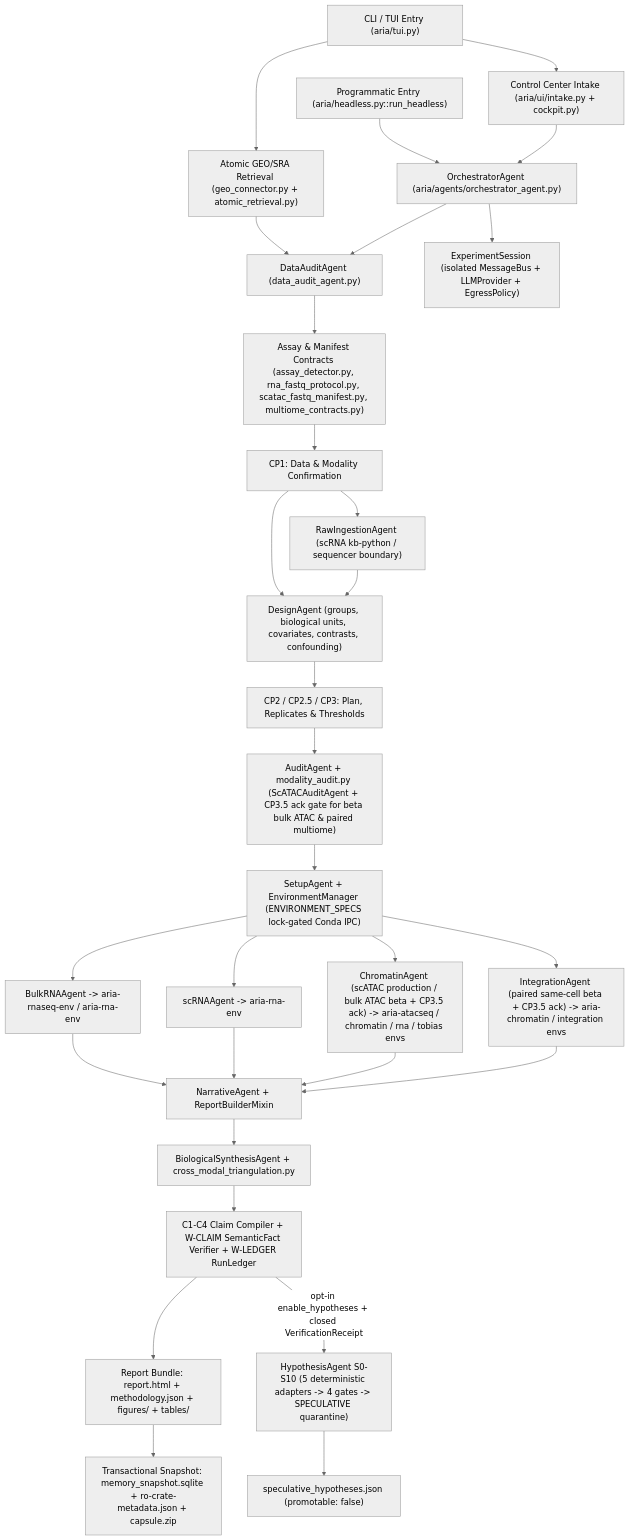
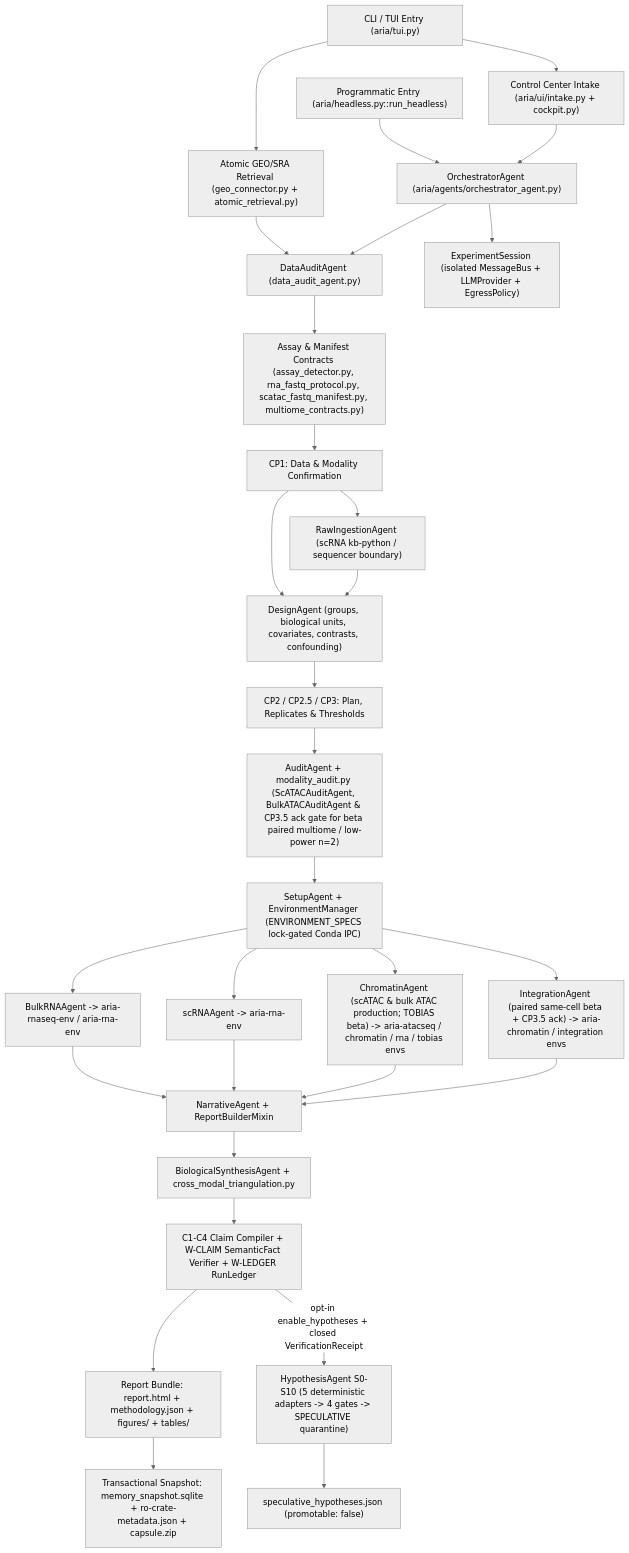
One commit to Olascoaga/aria-omics changed the diagram in docs/architecture/code_graph.md. Above: the diagram before and after it, drawn with Mermaid (neutral theme). The commit also changed other lines of this file and 43 other files, not shown here.

Commit message:
feat(chromatin): universal bulk ATAC engine and promote bulk_ATAC to production (ADR-077)

````diff
--- a/docs/architecture/code_graph.md
+++ b/docs/architecture/code_graph.md
@@ -9,36 +9,36 @@
 ```mermaid
 flowchart TD
     CLI["CLI / TUI Entry (aria/tui.py)"] --> INTAKE["Control Center Intake (aria/ui/intake.py + cockpit.py)"]
     HEADLESS["Programmatic Entry (aria/headless.py::run_headless)"] --> ORCH
     CLI --> GEO["Atomic GEO/SRA Retrieval (geo_connector.py + atomic_retrieval.py)"]
     INTAKE --> ORCH["OrchestratorAgent (aria/agents/orchestrator_agent.py)"]
     GEO --> DA["DataAuditAgent (data_audit_agent.py)"]
     ORCH --> SESSION["ExperimentSession (isolated MessageBus + LLMProvider + EgressPolicy)"]
     ORCH --> DA
 
     DA --> ASSAY["Assay & Manifest Contracts (assay_detector.py, rna_fastq_protocol.py, scatac_fastq_manifest.py, multiome_contracts.py)"]
     ASSAY --> CP1["CP1: Data & Modality Confirmation"]
     CP1 --> RAW["RawIngestionAgent (scRNA kb-python / sequencer boundary)"]
     CP1 --> DESIGN["DesignAgent (groups, biological units, covariates, contrasts, confounding)"]
     RAW --> DESIGN
     DESIGN --> CP2["CP2 / CP2.5 / CP3: Plan, Replicates & Thresholds"]
-    CP2 --> AUDIT["AuditAgent + modality_audit.py (ScATACAuditAgent + CP3.5 ack gate for beta bulk ATAC & paired multiome)"]
+    CP2 --> AUDIT["AuditAgent + modality_audit.py (ScATACAuditAgent, BulkATACAuditAgent & CP3.5 ack gate for beta paired multiome / low-power n=2)"]
     AUDIT --> SETUP["SetupAgent + EnvironmentManager (ENVIRONMENT_SPECS lock-gated Conda IPC)"]
 
     SETUP --> BULK["BulkRNAAgent -> aria-rnaseq-env / aria-rna-env"]
     SETUP --> SCRNA["scRNAAgent -> aria-rna-env"]
-    SETUP --> CHROM["ChromatinAgent (scATAC production / bulk ATAC beta + CP3.5 ack) -> aria-atacseq / chromatin / rna / tobias envs"]
+    SETUP --> CHROM["ChromatinAgent (scATAC & bulk ATAC production; TOBIAS beta) -> aria-atacseq / chromatin / rna / tobias envs"]
     SETUP --> INTEG["IntegrationAgent (paired same-cell beta + CP3.5 ack) -> aria-chromatin / integration envs"]
 
     BULK --> NARR["NarrativeAgent + ReportBuilderMixin"]
     SCRNA --> NARR
     CHROM --> NARR
     INTEG --> NARR
 
     NARR --> SYNTH["BiologicalSynthesisAgent + cross_modal_triangulation.py"]
     SYNTH --> COMPILER["C1-C4 Claim Compiler + W-CLAIM SemanticFact Verifier + W-LEDGER RunLedger"]
     COMPILER --> BUNDLE["Report Bundle: report.html + methodology.json + figures/ + tables/"]
     BUNDLE --> CAPSULE["Transactional Snapshot: memory_snapshot.sqlite + ro-crate-metadata.json + capsule.zip"]
     COMPILER -->|opt-in enable_hypotheses + closed VerificationReceipt| HYPO["HypothesisAgent S0-S10 (5 deterministic adapters -> 4 gates -> SPECULATIVE quarantine)"]
     HYPO --> SPEC_JSON["speculative_hypotheses.json (promotable: false)"]
 ```
````
